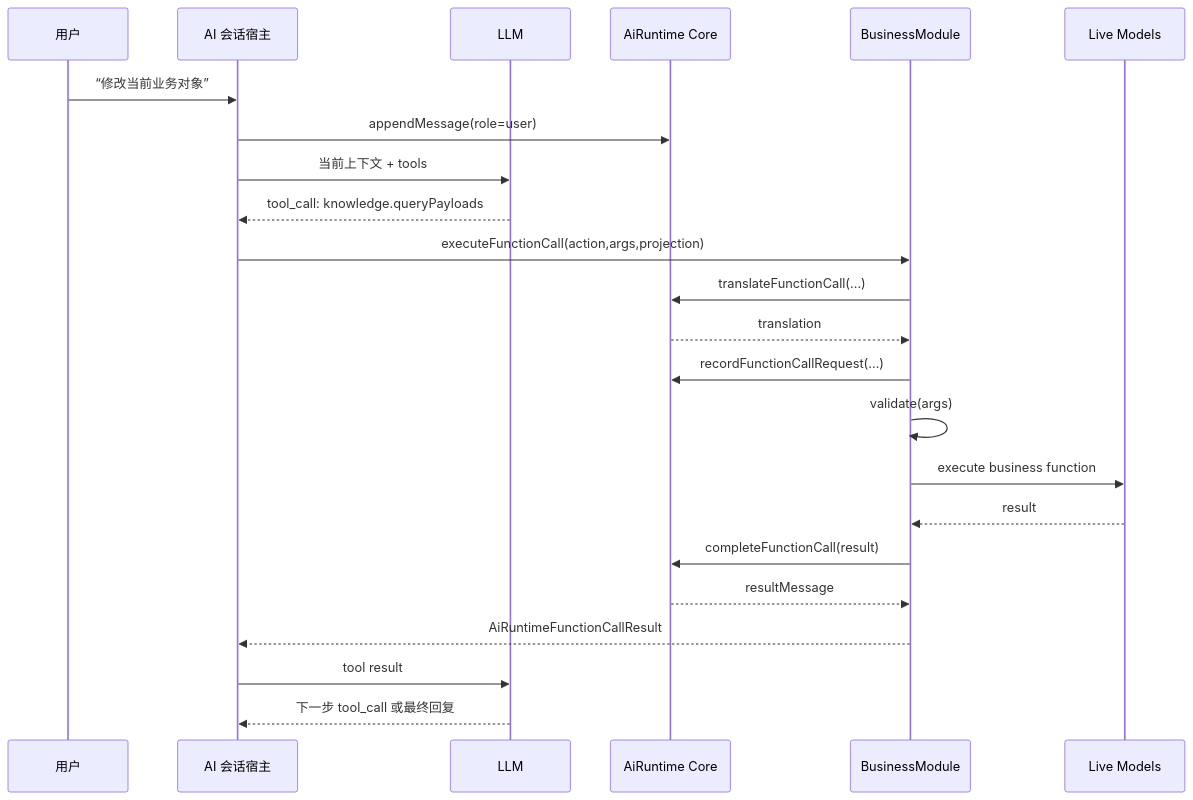
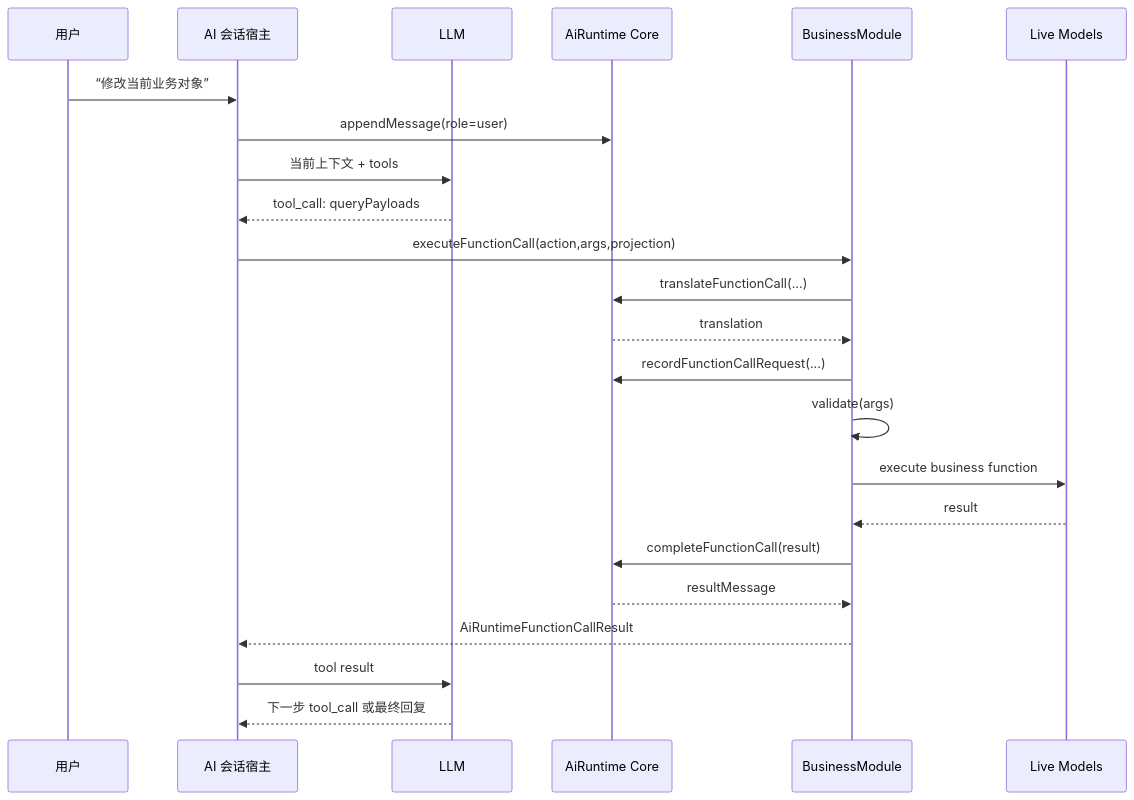
Before and after one commit to LMSpark/spark-view-vue: the eighth of 14 diagrams in docs/ai/AI_DETAILED_DESIGN_AND_IMPLEMENTATION_CHAIN.md, drawn with Mermaid. The commit also changed other lines of this file and 56 other files, not shown here.

Commit message:
feat: unify AI core protocol and simplify chat panel architecture

````diff
--- a/docs/ai/AI_DETAILED_DESIGN_AND_IMPLEMENTATION_CHAIN.md
+++ b/docs/ai/AI_DETAILED_DESIGN_AND_IMPLEMENTATION_CHAIN.md
@@ -264,26 +264,26 @@
 ```mermaid
 sequenceDiagram
   participant U as 用户
   participant H as AI 会话宿主
   participant M as LLM
   participant C as AiRuntime Core
   participant P as BusinessModule
   participant S as Live Models
 
   U->>H: “修改当前业务对象”
   H->>C: appendMessage(role=user)
   H->>M: 当前上下文 + tools
-  M-->>H: tool_call: knowledge.queryPayloads
+  M-->>H: tool_call: queryPayloads
   H->>P: executeFunctionCall(action,args,projection)
   P->>C: translateFunctionCall(...)
   C-->>P: translation
   P->>C: recordFunctionCallRequest(...)
   P->>P: validate(args)
   P->>S: execute business function
   S-->>P: result
   P->>C: completeFunctionCall(result)
   C-->>P: resultMessage
   P-->>H: AiRuntimeFunctionCallResult
   H->>M: tool result
   M-->>H: 下一步 tool_call 或最终回复
 ```
````
